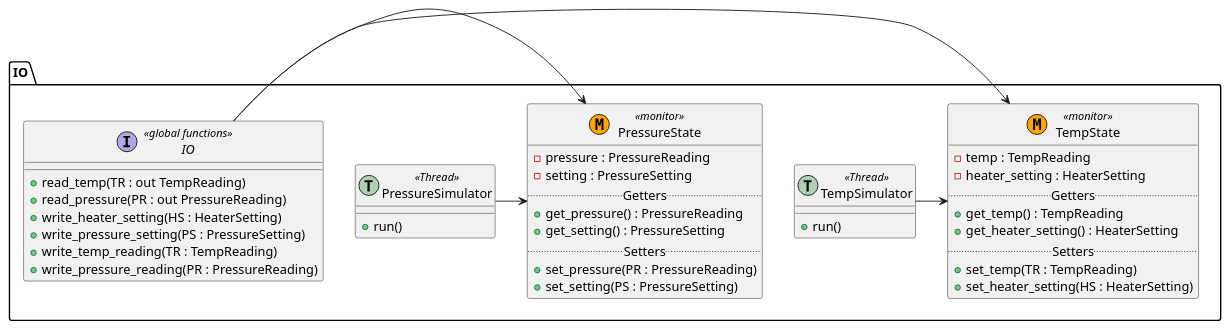
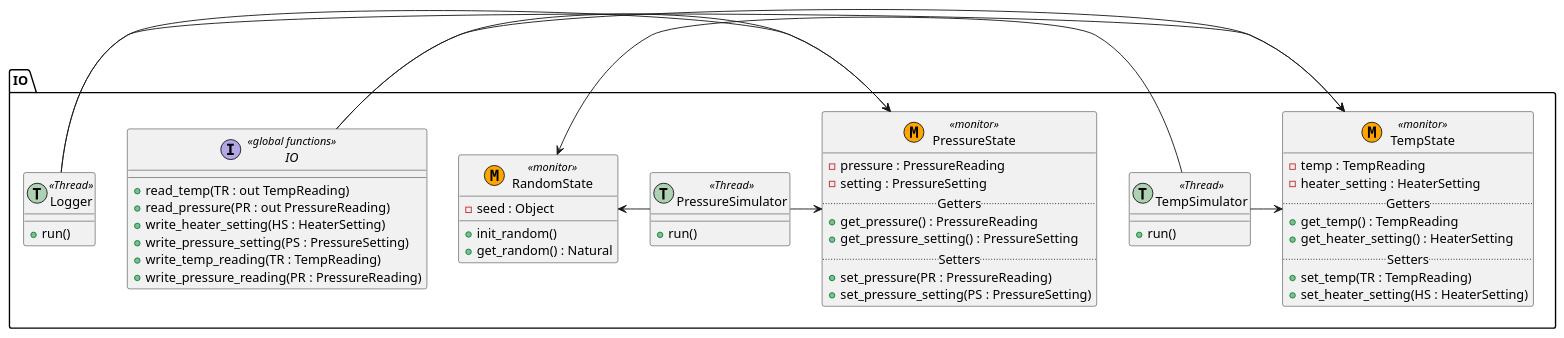
The diagram in uml/simple_embedded_system_simulators.plantuml (janstrohbeck/projektarbeit_simulationen), drawn with PlantUML before and after one commit. The commit also changed 18 other files, not shown here.

```diff
--- a/uml/simple_embedded_system_simulators.plantuml
+++ b/uml/simple_embedded_system_simulators.plantuml
@@ -1,54 +1,69 @@
 @startuml
 
 package "IO" {
 interface IO << global functions >> {
     +read_temp(TR : out TempReading)
     +read_pressure(PR : out PressureReading)
     +write_heater_setting(HS : HeaterSetting)
     +write_pressure_setting(PS : PressureSetting)
     +write_temp_reading(TR : TempReading)
     +write_pressure_reading(PR : PressureReading)
 }
 
 together {
 class TempState << (M,orange) monitor >> {
     -temp : TempReading
     -heater_setting : HeaterSetting
     .. Getters ..
     +get_temp() : TempReading
     +get_heater_setting() : HeaterSetting
     .. Setters ..
     +set_temp(TR : TempReading)
     +set_heater_setting(HS : HeaterSetting)
 }
 
 class TempSimulator << (T,#ADD1B2) Thread >> {
     +run()
 }
 }
 
 together {
 class PressureState << (M,orange) monitor >> {
     -pressure : PressureReading
     -setting : PressureSetting
     .. Getters ..
     +get_pressure() : PressureReading
-    +get_setting() : PressureSetting
+    +get_pressure_setting() : PressureSetting
     .. Setters ..
     +set_pressure(PR : PressureReading)
-    +set_setting(PS : PressureSetting)
+    +set_pressure_setting(PS : PressureSetting)
 }
 
 class PressureSimulator << (T,#ADD1B2) Thread >> {
     +run()
 }
 }
 
+class Logger << (T,#ADD1B2) Thread >> {
+    +run()
+}
+
+class RandomState << (M,orange) monitor >> {
+    -seed : Object
+    +init_random()
+    +get_random() : Natural
+}
+
 TempSimulator -> TempState
+TempSimulator -> RandomState
 IO -> TempState
 
 PressureSimulator -> PressureState
+PressureSimulator -> RandomState
 IO -> PressureState
+
+Logger -> TempState
+Logger -> PressureState
 }
 
 @enduml
```
